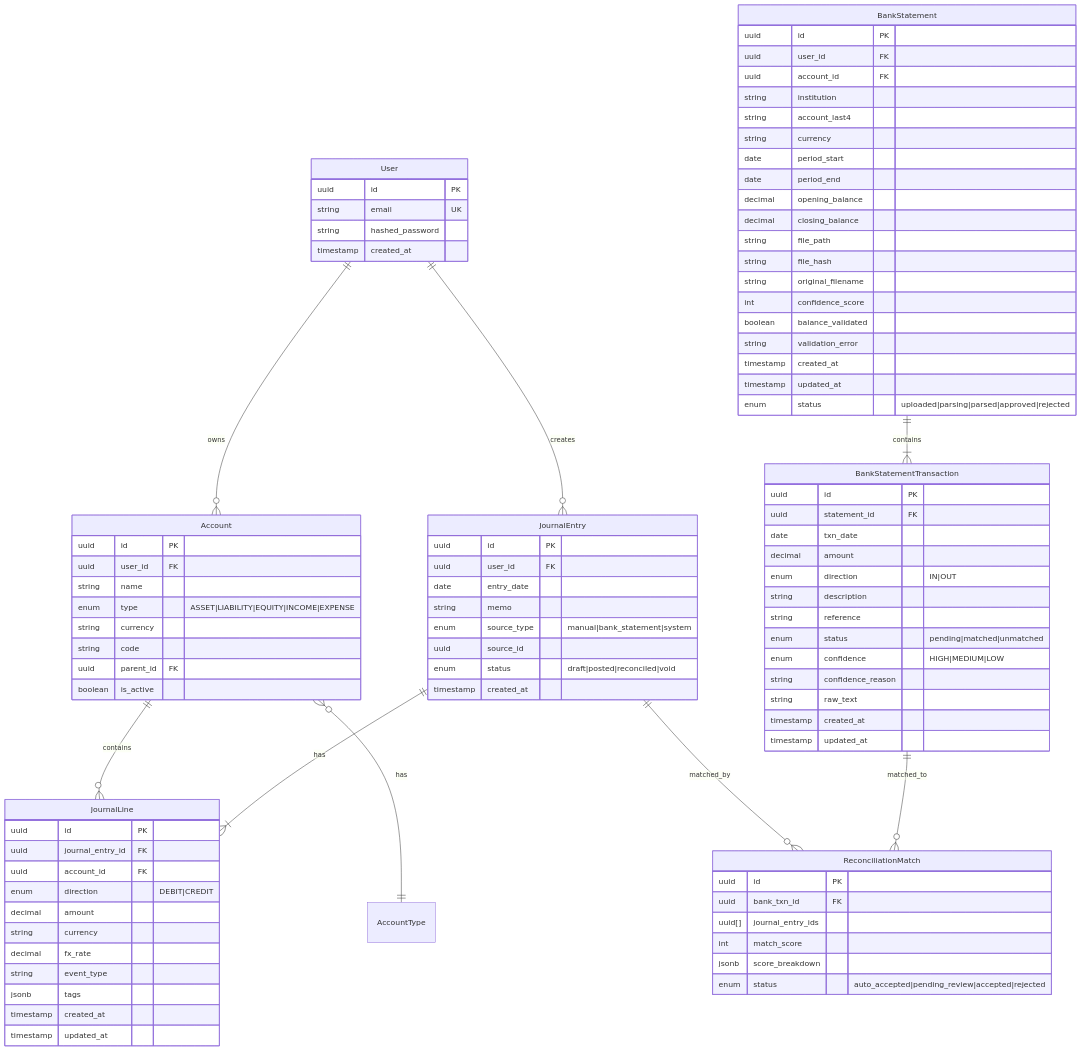
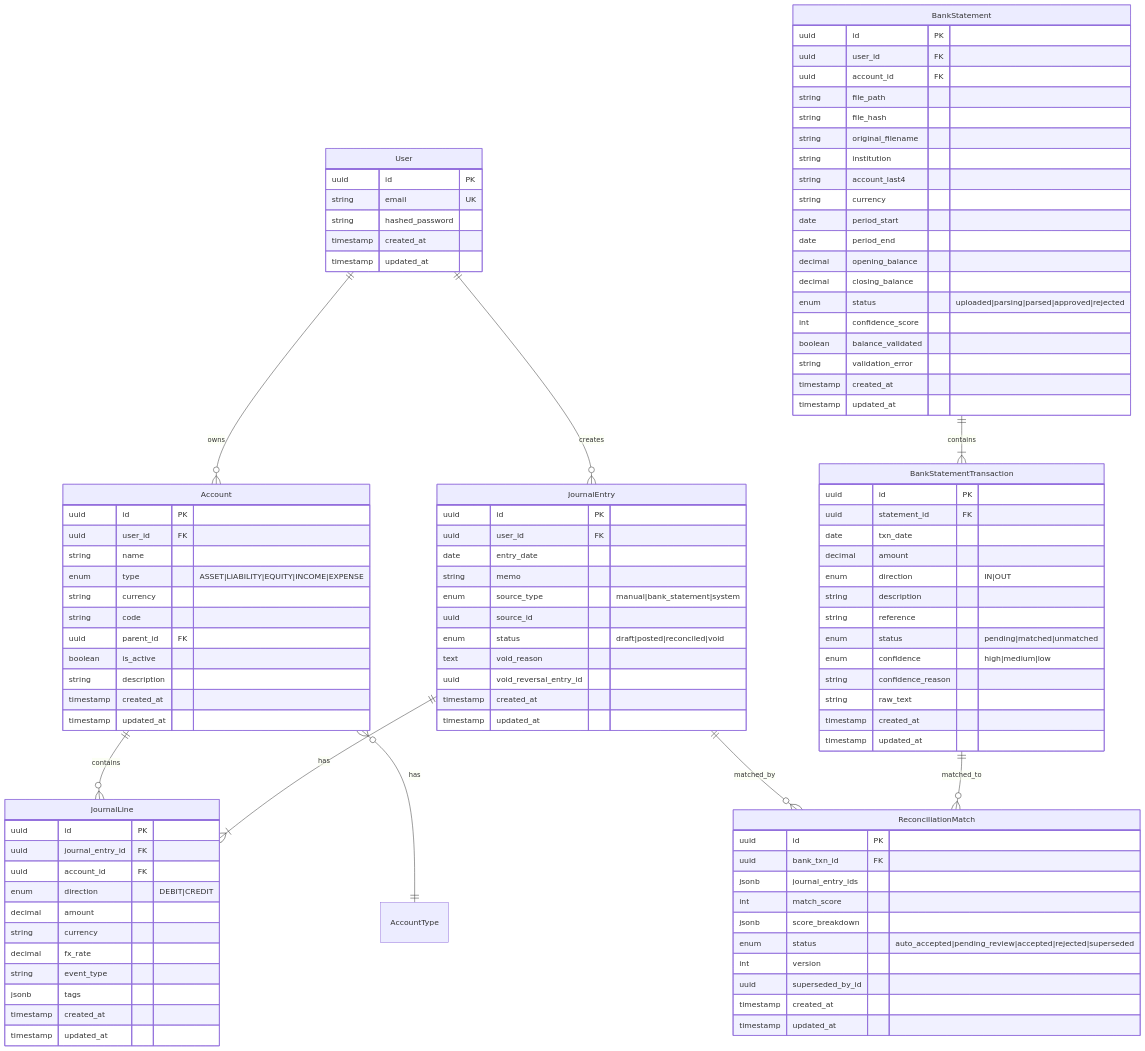
One commit to wangzitian0/finance_report changed the diagram in docs/ssot/schema.md. Above: the diagram before and after it, drawn with Mermaid. The commit also changed other lines of this file and 45 other files, not shown here.

````diff
--- a/docs/ssot/schema.md
+++ b/docs/ssot/schema.md
@@ -21,23 +23,24 @@
 erDiagram
     User ||--o{ Account : owns
     User ||--o{ JournalEntry : creates
-    
+
     Account ||--o{ JournalLine : contains
     Account }o--|| AccountType : has
-    
+
     JournalEntry ||--|{ JournalLine : has
     JournalEntry ||--o{ ReconciliationMatch : matched_by
-    
+
     BankStatement ||--|{ BankStatementTransaction : contains
     BankStatementTransaction ||--o{ ReconciliationMatch : matched_to
-    
+
     User {
         uuid id PK
         string email UK
         string hashed_password
         timestamp created_at
+        timestamp updated_at
     }
-    
+
     Account {
         uuid id PK
         uuid user_id FK
@@ -47,8 +50,11 @@
         string code
         uuid parent_id FK
         boolean is_active
+        string description
+        timestamp created_at
+        timestamp updated_at
     }
-    
+
     JournalEntry {
         uuid id PK
         uuid user_id FK
@@ -57,9 +63,12 @@
         enum source_type "manual|bank_statement|system"
         uuid source_id
         enum status "draft|posted|reconciled|void"
+        text void_reason
+        uuid void_reversal_entry_id
         timestamp created_at
+        timestamp updated_at
     }
-    
+
     JournalLine {
         uuid id PK
         uuid journal_entry_id FK
@@ -73,11 +82,14 @@
         timestamp created_at
         timestamp updated_at
     }
-    
+
     BankStatement {
         uuid id PK
         uuid user_id FK
         uuid account_id FK
+        string file_path
+        string file_hash
+        string original_filename
         string institution
         string account_last4
         string currency
@@ -85,17 +97,14 @@
         date period_end
         decimal opening_balance
         decimal closing_balance
-        string file_path
-        string file_hash
-        string original_filename
+        enum status "uploaded|parsing|parsed|approved|rejected"
         int confidence_score
         boolean balance_validated
         string validation_error
         timestamp created_at
         timestamp updated_at
-        enum status "uploaded|parsing|parsed|approved|rejected"
     }
-    
+
     BankStatementTransaction {
         uuid id PK
         uuid statement_id FK
@@ -105,19 +114,23 @@
         string description
         string reference
         enum status "pending|matched|unmatched"
-        enum confidence "HIGH|MEDIUM|LOW"
+        enum confidence "high|medium|low"
         string confidence_reason
         string raw_text
         timestamp created_at
         timestamp updated_at
     }
-    
+
     ReconciliationMatch {
         uuid id PK
         uuid bank_txn_id FK
-        uuid[] journal_entry_ids
+        jsonb journal_entry_ids
         int match_score
         jsonb score_breakdown
-        enum status "auto_accepted|pending_review|accepted|rejected"
+        enum status "auto_accepted|pending_review|accepted|rejected|superseded"
+        int version
+        uuid superseded_by_id
+        timestamp created_at
+        timestamp updated_at
     }
 ```
````
